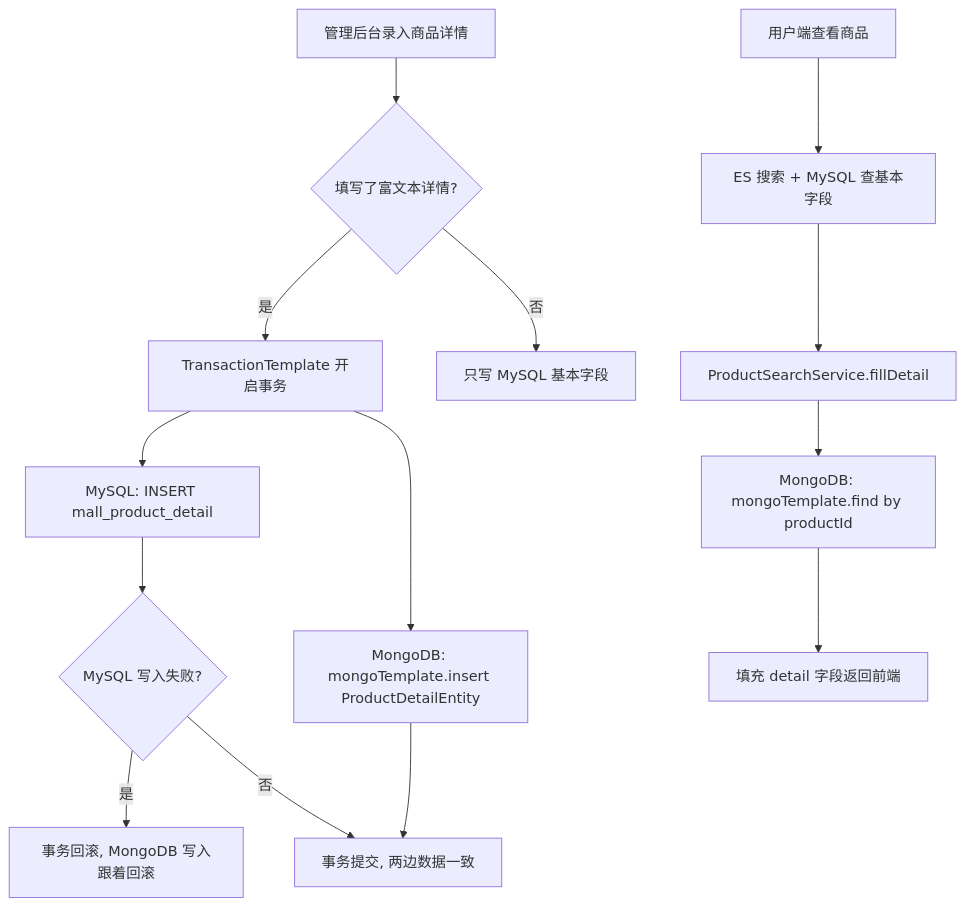
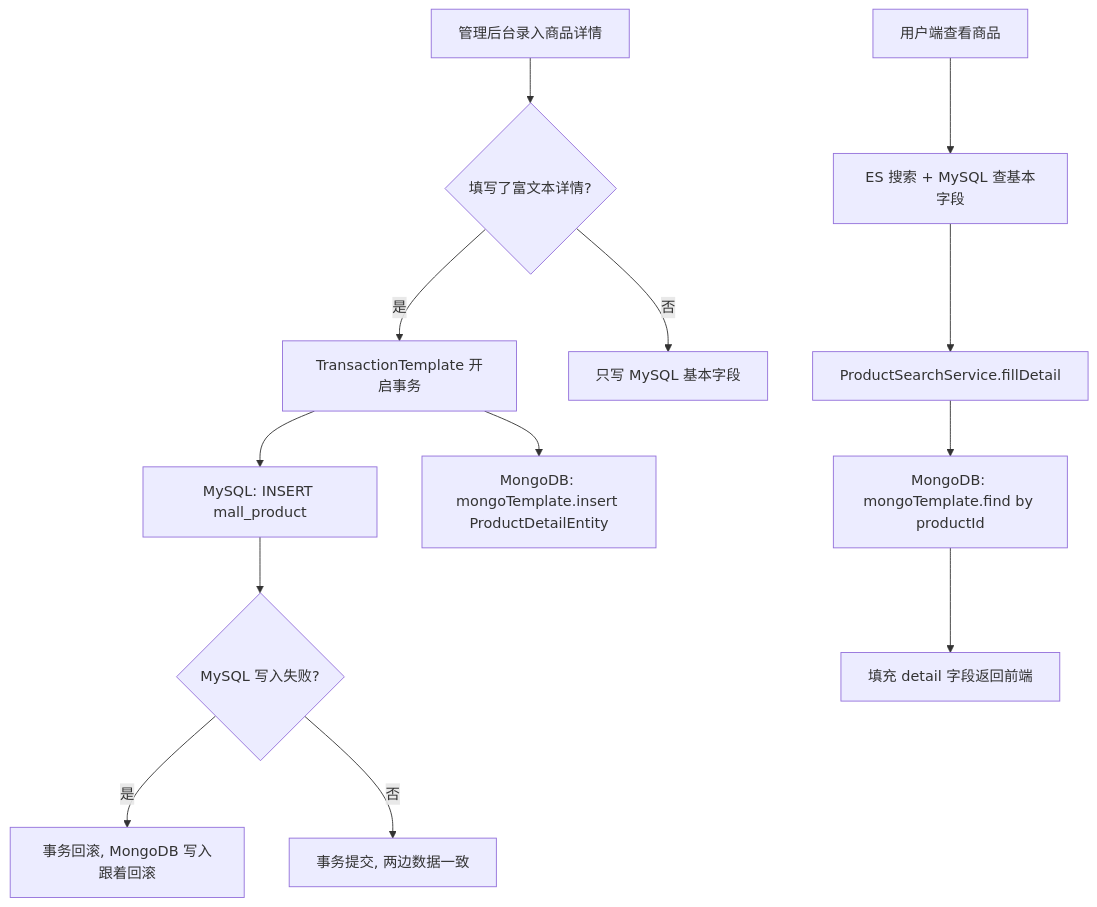
One commit to yaocat55/yaocat55.github.io changed the diagram in content/posts/mongodb/SpringBootMongoDB.md. Above: the diagram before and after it, drawn with Mermaid. The commit also changed other lines of this file and 5 other files, not shown here.

````diff
--- a/content/posts/mongodb/SpringBootMongoDB.md
+++ b/content/posts/mongodb/SpringBootMongoDB.md
@@ -570,17 +706,16 @@
 ```mermaid
 flowchart TD
     A[管理后台录入商品详情] --> B{填写了富文本详情?}
     B -->|是| C[TransactionTemplate 开启事务]
     B -->|否| D[只写 MySQL 基本字段]
-    C --> E[MySQL: INSERT mall_product_detail]
+    C --> E[MySQL: INSERT mall_product]
     C --> F[MongoDB: mongoTemplate.insert ProductDetailEntity]
     E --> G{MySQL 写入失败?}
     G -->|是| H[事务回滚, MongoDB 写入跟着回滚]
     G -->|否| I[事务提交, 两边数据一致]
-    F --> I
 
     J[用户端查看商品] --> K[ES 搜索 + MySQL 查基本字段]
     K --> L[ProductSearchService.fillDetail]
     L --> M[MongoDB: mongoTemplate.find by productId]
     M --> N[填充 detail 字段返回前端]
 ```
````
